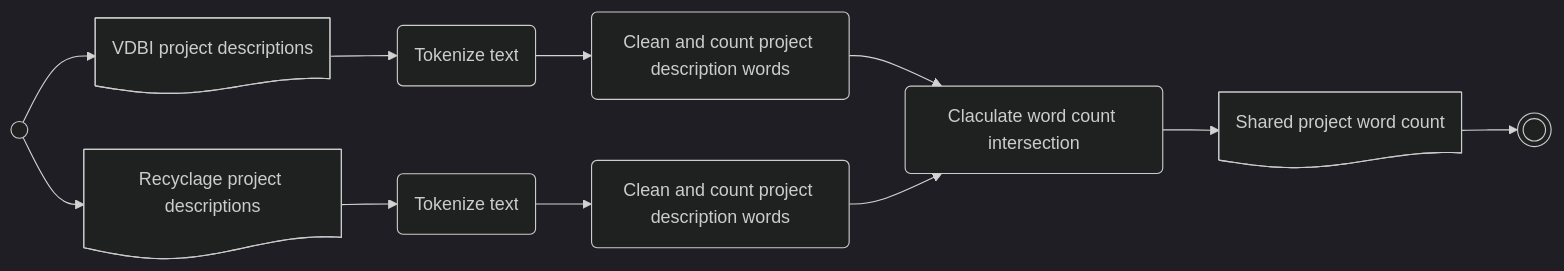
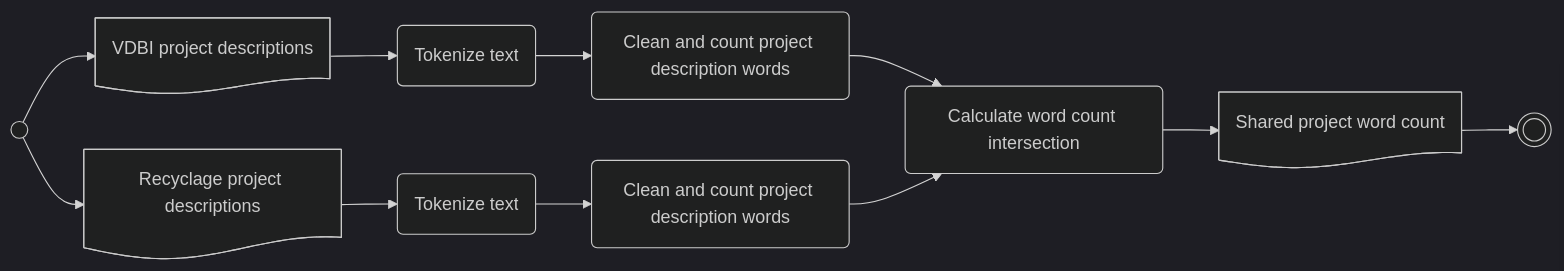
One commit to VCityTeam/PEPR-VDBI changed the second of 3 diagrams in data-analysis/wordcount.md. Above: the diagram before and after it, drawn with Mermaid (dark theme). The commit also changed other lines of this file and 22 other files, not shown here.

````diff
--- a/data-analysis/wordcount.md
+++ b/data-analysis/wordcount.md
@@ -196,17 +222,17 @@
 ```mermaid
 flowchart LR
 start@{ shape: circle, label: " " }
 start --> in1@{ shape: doc, label: "VDBI project descriptions"}
 start --> in2@{ shape: doc, label: "Recyclage project descriptions"}
 
 
 in1 --> tokenize1(Tokenize text)
 in2 --> tokenize2(Tokenize text)
 
 tokenize1 --> count1(Clean and count project description words)
 tokenize2 --> count2(Clean and count project description words)
-count1 --> compare(Claculate word count intersection)
+count1 --> compare(Calculate word count intersection)
 count2 --> compare
   --> out@{ shape: doc, label: "Shared project word count"}
   --> stop@{ shape: dbl-circ, label: " " }
 ```
````
